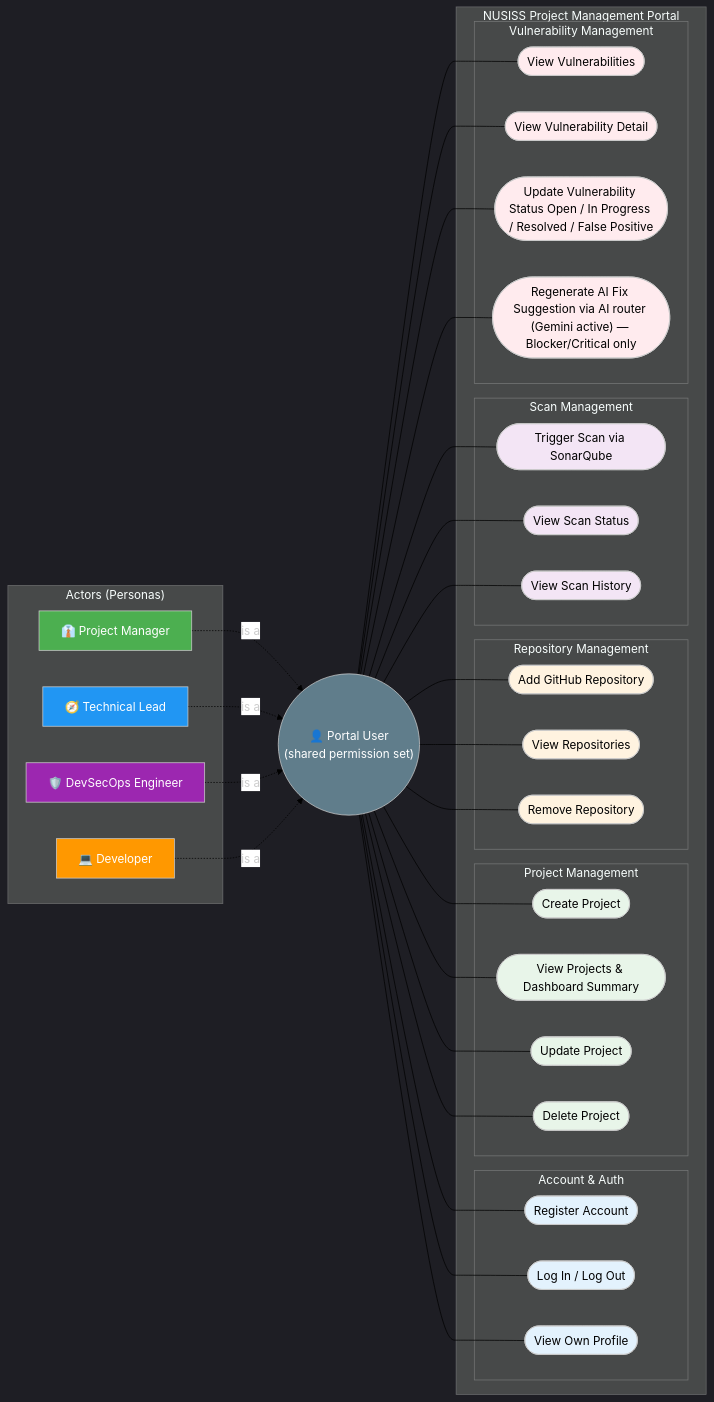
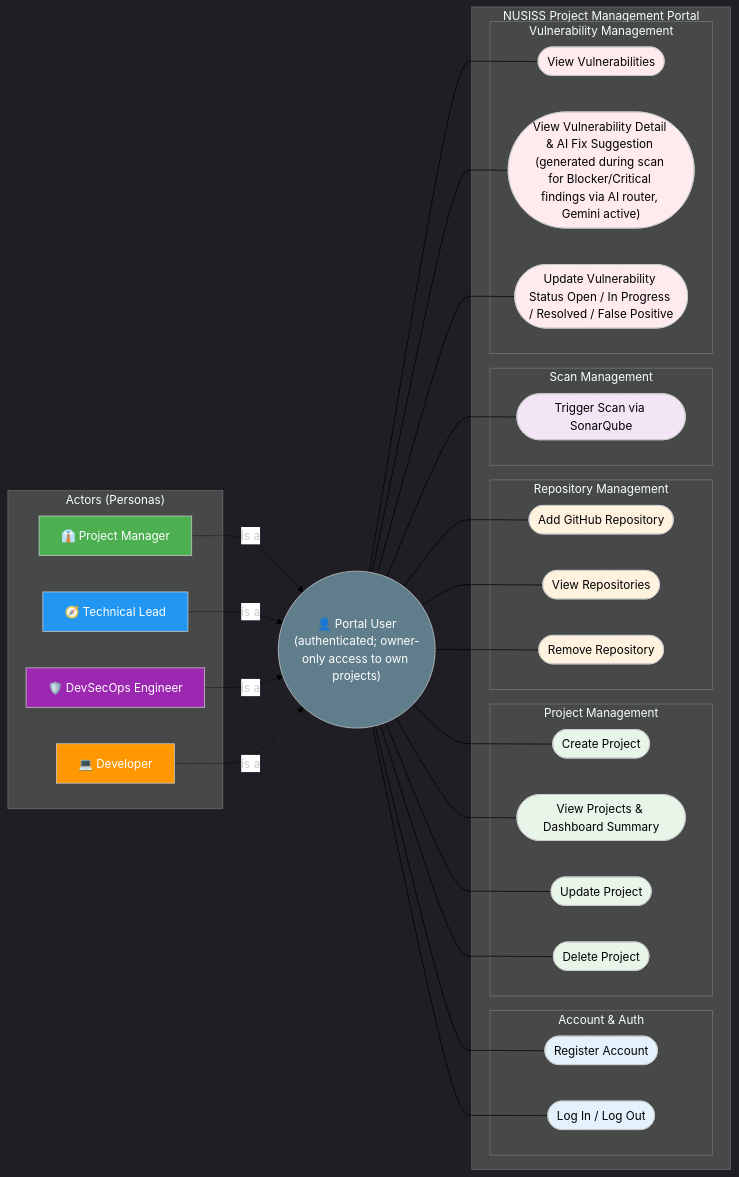
One commit to kaldrake/NUSISS_ProjectManagementPortal changed the diagram in docs/Use Case Diagram.mermaid. Above: the diagram before and after it, drawn with Mermaid. The commit also changed 7 other files, not shown here.

Commit message:
added mermaid changes

```diff
--- a/docs/Use Case Diagram.mermaid
+++ b/docs/Use Case Diagram.mermaid
@@ -1,96 +1,84 @@
 %%{init: {'theme': 'dark', 'themeVariables': {'lineColor': '#000000', 'edgeLabelBackground': '#ffffff'}}}%%
 flowchart LR
 
     subgraph "Actors (Personas)"
         PM["👔 Project Manager"]
         TL["🧭 Technical Lead"]
         DSE["🛡️ DevSecOps Engineer"]
         DEV["💻 Developer"]
     end
 
     PortalUser(("👤 Portal User
-(shared permission set)"))
+(authenticated; owner-only access to own projects)"))
 
     PM -.->|"is a"| PortalUser
     TL -.->|"is a"| PortalUser
     DSE -.->|"is a"| PortalUser
     DEV -.->|"is a"| PortalUser
 
     subgraph "NUSISS Project Management Portal"
 
         subgraph "Account & Auth"
             UC1([Register Account])
             UC2([Log In / Log Out])
-            UC3([View Own Profile])
         end
 
         subgraph "Project Management"
-            UC4([Create Project])
-            UC5([View Projects & Dashboard Summary])
-            UC6([Update Project])
-            UC7([Delete Project])
+            UC3([Create Project])
+            UC4([View Projects & Dashboard Summary])
+            UC5([Update Project])
+            UC6([Delete Project])
         end
 
         subgraph "Repository Management"
-            UC8([Add GitHub Repository])
-            UC9([View Repositories])
-            UC10([Remove Repository])
+            UC7([Add GitHub Repository])
+            UC8([View Repositories])
+            UC9([Remove Repository])
         end
 
         subgraph "Scan Management"
-            UC11([Trigger Scan via SonarQube])
-            UC12([View Scan Status])
-            UC13([View Scan History])
+            UC10([Trigger Scan via SonarQube])
         end
 
         subgraph "Vulnerability Management"
-            UC14([View Vulnerabilities])
-            UC15([View Vulnerability Detail])
-            UC16([Update Vulnerability Status Open / In Progress / Resolved / False Positive])
-            UC17(["Regenerate AI Fix Suggestion via AI router (Gemini active) — Blocker/Critical only"])
+            UC11([View Vulnerabilities])
+            UC12(["View Vulnerability Detail & AI Fix Suggestion (generated during scan for Blocker/Critical findings via AI router, Gemini active)"])
+            UC13([Update Vulnerability Status Open / In Progress / Resolved / False Positive])
         end
 
     end
 
     PortalUser --- UC1
     PortalUser --- UC2
     PortalUser --- UC3
     PortalUser --- UC4
     PortalUser --- UC5
     PortalUser --- UC6
     PortalUser --- UC7
     PortalUser --- UC8
     PortalUser --- UC9
     PortalUser --- UC10
     PortalUser --- UC11
     PortalUser --- UC12
     PortalUser --- UC13
-    PortalUser --- UC14
-    PortalUser --- UC15
-    PortalUser --- UC16
-    PortalUser --- UC17
 
     
     %% Styling
     style PM fill:#4CAF50,color:#fff
     style TL fill:#2196F3,color:#fff
     style DSE fill:#9C27B0,color:#fff
     style DEV fill:#FF9800,color:#fff
     style PortalUser fill:#607D8B,color:#fff
     style UC1 fill:#E3F2FD,color:#000
     style UC2 fill:#E3F2FD,color:#000
-    style UC3 fill:#E3F2FD,color:#000
+    style UC3 fill:#E8F5E9,color:#000
     style UC4 fill:#E8F5E9,color:#000
     style UC5 fill:#E8F5E9,color:#000
     style UC6 fill:#E8F5E9,color:#000
-    style UC7 fill:#E8F5E9,color:#000
+    style UC7 fill:#FFF3E0,color:#000
     style UC8 fill:#FFF3E0,color:#000
     style UC9 fill:#FFF3E0,color:#000
-    style UC10 fill:#FFF3E0,color:#000
-    style UC11 fill:#F3E5F5,color:#000
-    style UC12 fill:#F3E5F5,color:#000
-    style UC13 fill:#F3E5F5,color:#000
-    style UC14 fill:#FFEBEE,color:#000
-    style UC15 fill:#FFEBEE,color:#000
-    style UC16 fill:#FFEBEE,color:#000
-    style UC17 fill:#FFEBEE,color:#000
+    style UC10 fill:#F3E5F5,color:#000
+    style UC11 fill:#FFEBEE,color:#000
+    style UC12 fill:#FFEBEE,color:#000
+    style UC13 fill:#FFEBEE,color:#000
```
